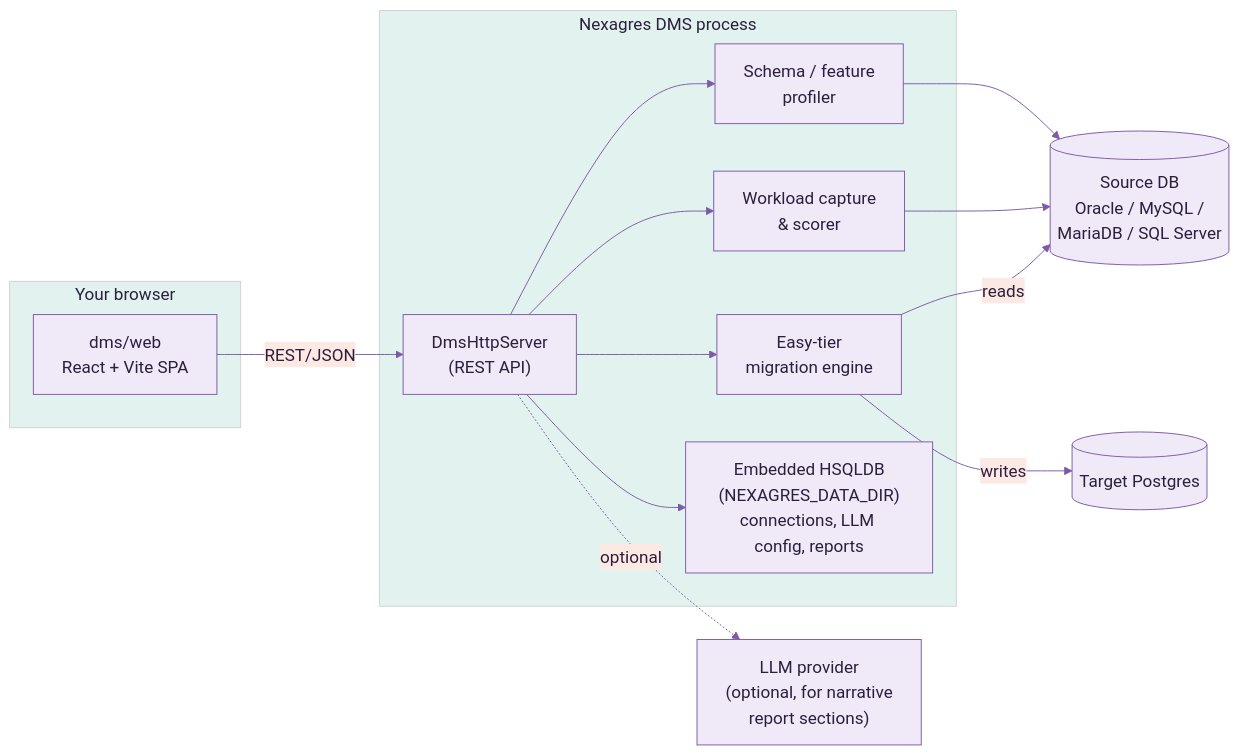
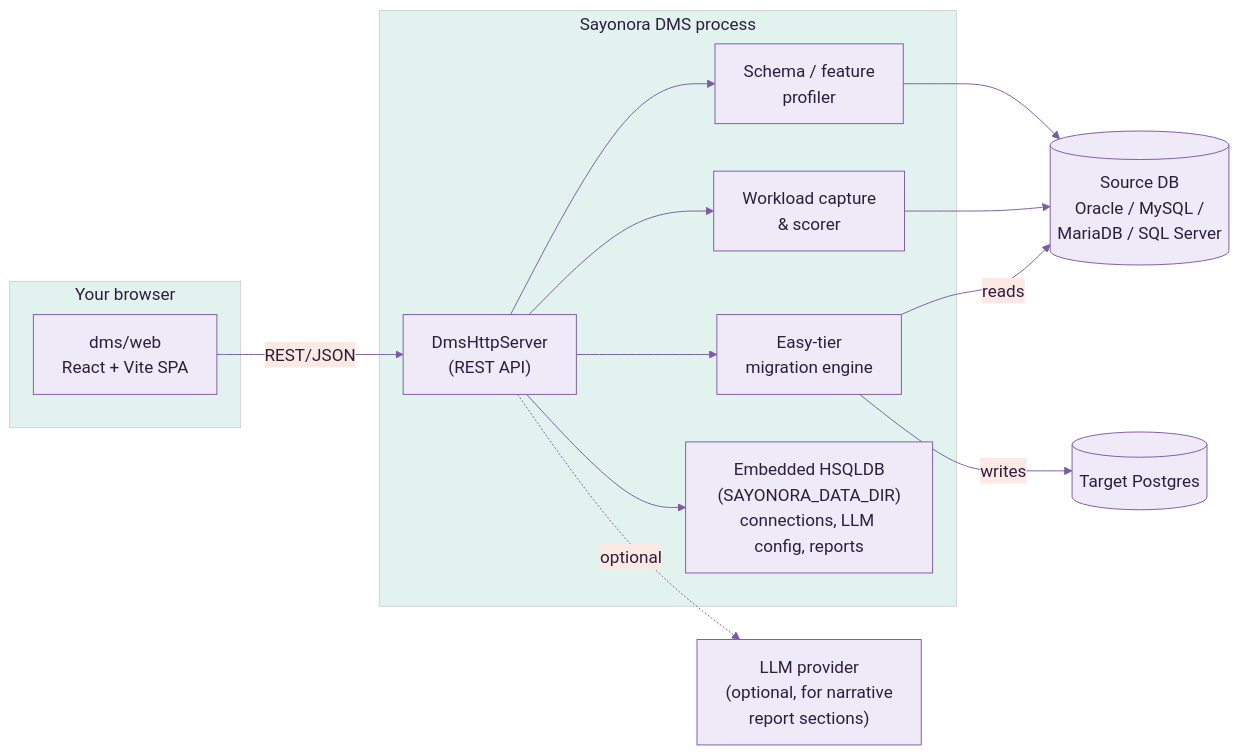
One commit to polygres26/Docker changed the first of 8 diagrams in docs/USE_CASE_GUIDE.md. Above: the diagram before and after it, drawn with Mermaid. The commit also changed other lines of this file and 1075 other files, not shown here.

````diff
--- a/docs/USE_CASE_GUIDE.md
+++ b/docs/USE_CASE_GUIDE.md
@@ -32,26 +32,26 @@
 ```mermaid
 %%{init: {'theme':'base', 'themeVariables': {'primaryColor':'#f0e9f7','primaryTextColor':'#2c1f3d','primaryBorderColor':'#7c5aa6','lineColor':'#7c5aa6','secondaryColor':'#fde9e4','secondaryTextColor':'#2c1f3d','tertiaryColor':'#e2f3ef','tertiaryTextColor':'#2c1f3d','noteBkgColor':'#fde9e4','noteTextColor':'#2c1f3d','noteBorderColor':'#d97a5f','fontSize':'18px','fontFamily':'-apple-system, Helvetica, Arial, sans-serif'}}}%%
 flowchart LR
     subgraph Client["Your browser"]
         UI["dms/web\nReact + Vite SPA"]
     end
-    subgraph Advisor["Nexagres DMS process"]
+    subgraph Advisor["Sayonora DMS process"]
         HTTP["DmsHttpServer\n(REST API)"]
         Profiler["Schema / feature\nprofiler"]
         Workload["Workload capture\n& scorer"]
         Migrator["Easy-tier\nmigration engine"]
-        Store["Embedded HSQLDB\n(NEXAGRES_DATA_DIR)\nconnections, LLM config, reports"]
+        Store["Embedded HSQLDB\n(SAYONORA_DATA_DIR)\nconnections, LLM config, reports"]
     end
     Source[("Source DB\nOracle / MySQL /\nMariaDB / SQL Server")]
     PG[("Target Postgres")]
     LLM["LLM provider\n(optional, for narrative\nreport sections)"]
 
     UI -->|REST/JSON| HTTP
     HTTP --> Profiler --> Source
     HTTP --> Workload --> Source
     HTTP --> Migrator
     Migrator -->|reads| Source
     Migrator -->|writes| PG
     HTTP --> Store
     HTTP -.optional.-> LLM
 ```
````
